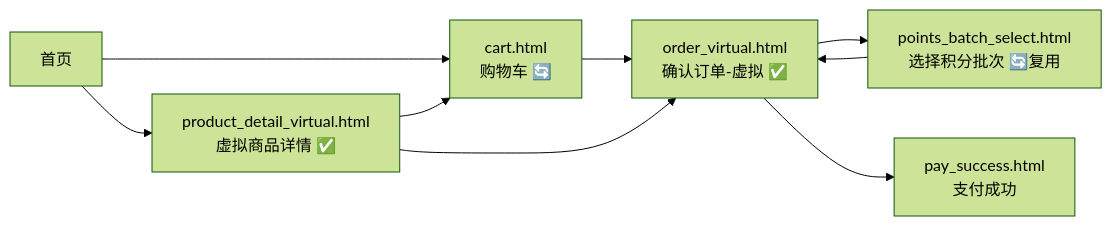
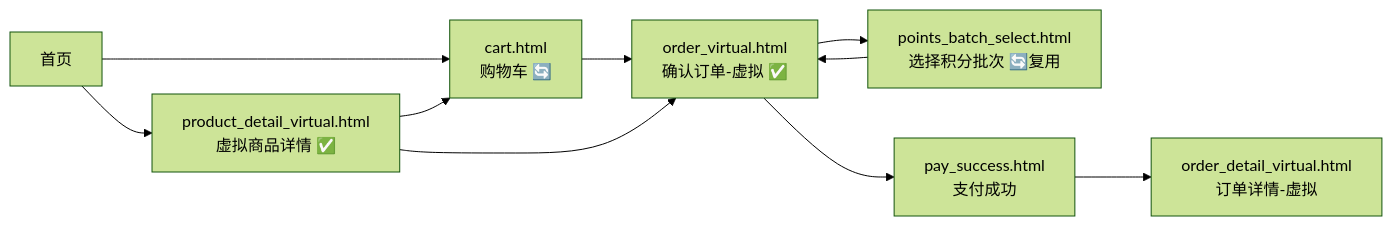
The first of 6 diagrams in doc/V0.6/PRD-虚拟商品下单流程-V0.6.md (lyuxiaohei/mini-program), drawn with Mermaid (forest theme) before and after one commit. The commit also changed other lines of this file and 1 other file, not shown here.

````diff
--- a/doc/V0.6/PRD-虚拟商品下单流程-V0.6.md
+++ b/doc/V0.6/PRD-虚拟商品下单流程-V0.6.md
@@ -115,11 +118,12 @@
 ```mermaid
 flowchart LR
     Home[首页] --> Cart[cart.html<br>购物车 🔄]
     Home --> ProdDetail[product_detail_virtual.html<br>虚拟商品详情 ✅]
     Cart --> OrderVirtual[order_virtual.html<br>确认订单-虚拟 ✅]
     ProdDetail --> Cart
     ProdDetail --> OrderVirtual
     OrderVirtual --> BatchSelect[points_batch_select.html<br>选择积分批次 🔄复用]
     BatchSelect --> OrderVirtual
     OrderVirtual --> PaySuccess[pay_success.html<br>支付成功]
+    PaySuccess --> OrderDetail[order_detail_virtual.html<br>订单详情-虚拟]
 ```
````
